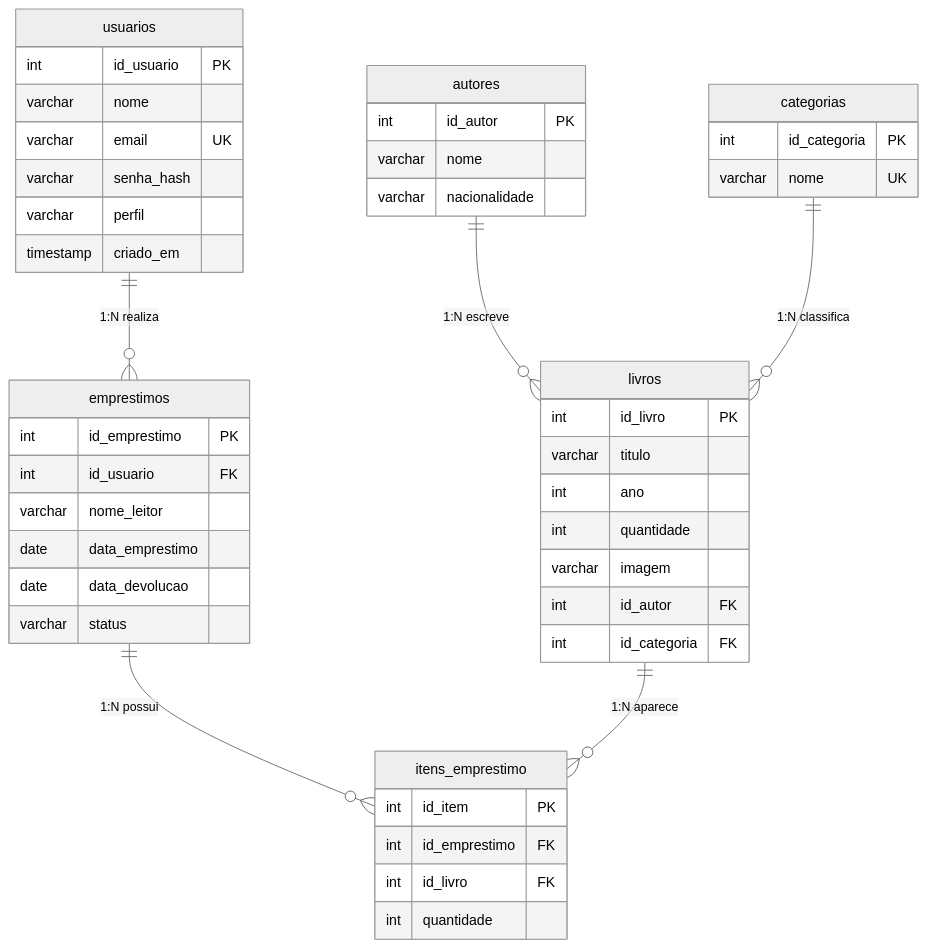
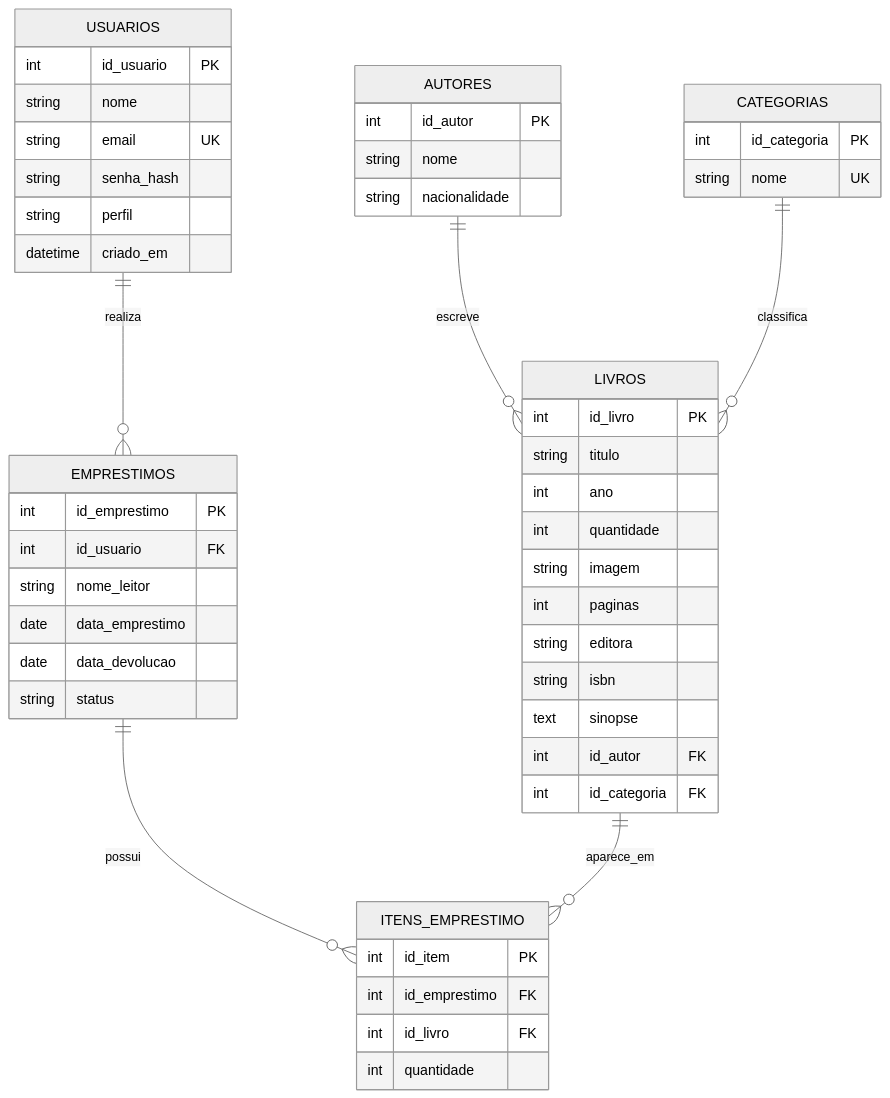
Before and after one commit to Soturine/biblioteca-geek-fullstack: the diagram in docs/DER.md, drawn with Mermaid (neutral theme). The commit also changed other lines of this file and 68 other files, not shown here.

````diff
--- a/docs/DER.md
+++ b/docs/DER.md
@@ -3,54 +3,58 @@
 ```mermaid
 erDiagram
-  usuarios ||--o{ emprestimos : "1:N realiza"
-  autores ||--o{ livros : "1:N escreve"
-  categorias ||--o{ livros : "1:N classifica"
-  emprestimos ||--o{ itens_emprestimo : "1:N possui"
-  livros ||--o{ itens_emprestimo : "1:N aparece"
+    USUARIOS ||--o{ EMPRESTIMOS : realiza
+    AUTORES ||--o{ LIVROS : escreve
+    CATEGORIAS ||--o{ LIVROS : classifica
+    EMPRESTIMOS ||--o{ ITENS_EMPRESTIMO : possui
+    LIVROS ||--o{ ITENS_EMPRESTIMO : aparece_em
 
-  usuarios {
-    int id_usuario PK
-    varchar nome
-    varchar email UK
-    varchar senha_hash
-    varchar perfil
-    timestamp criado_em
-  }
+    USUARIOS {
+        int id_usuario PK
+        string nome
+        string email UK
+        string senha_hash
+        string perfil
+        datetime criado_em
+    }
 
-  autores {
-    int id_autor PK
-    varchar nome
-    varchar nacionalidade
-  }
+    AUTORES {
+        int id_autor PK
+        string nome
+        string nacionalidade
+    }
 
-  categorias {
-    int id_categoria PK
-    varchar nome UK
-  }
+    CATEGORIAS {
+        int id_categoria PK
+        string nome UK
+    }
 
-  livros {
-    int id_livro PK
-    varchar titulo
-    int ano
-    int quantidade
-    varchar imagem
-    int id_autor FK
-    int id_categoria FK
-  }
+    LIVROS {
+        int id_livro PK
+        string titulo
+        int ano
+        int quantidade
+        string imagem
+        int paginas
+        string editora
+        string isbn
+        text sinopse
+        int id_autor FK
+        int id_categoria FK
+    }
 
-  emprestimos {
-    int id_emprestimo PK
-    int id_usuario FK
-    varchar nome_leitor
-    date data_emprestimo
-    date data_devolucao
-    varchar status
-  }
+    EMPRESTIMOS {
+        int id_emprestimo PK
+        int id_usuario FK
+        string nome_leitor
+        date data_emprestimo
+        date data_devolucao
+        string status
+    }
 
-  itens_emprestimo {
-    int id_item PK
-    int id_emprestimo FK
-    int id_livro FK
-    int quantidade
-  }
+    ITENS_EMPRESTIMO {
+        int id_item PK
+        int id_emprestimo FK
+        int id_livro FK
+        int quantidade
+    }
 ```
````
